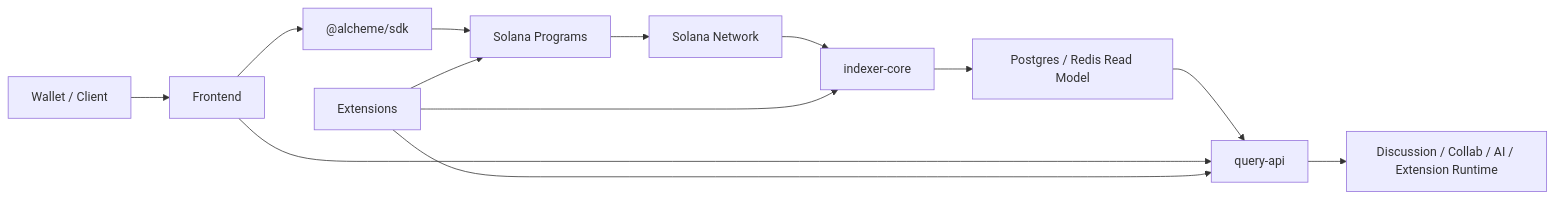
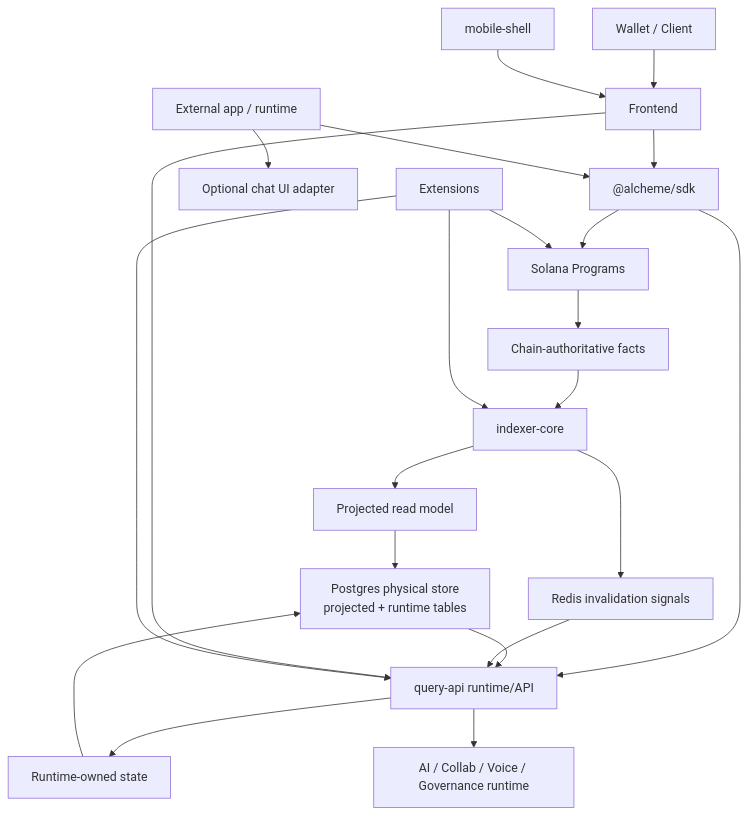
The diagram in README.md (alcheme-labs/alcheme-protocol), drawn with Mermaid before and after one commit. The commit also changed other lines of this file and 27 other files, not shown here.

Commit message:
docs: add architecture maps

````diff
--- a/README.md
+++ b/README.md
@@ -127,18 +129,28 @@
 ```mermaid
-flowchart LR
+flowchart TB
     Client["Wallet / Client"] --> Frontend["Frontend"]
+    Mobile["mobile-shell"] --> Frontend
     Frontend --> SDK["@alcheme/sdk"]
+    External["External app / runtime"] --> SDK
+    External --> ChatAdapter["Optional chat UI adapter"]
+
     SDK --> Programs["Solana Programs"]
-    Programs --> Chain["Solana Network"]
+    SDK --> QueryApi
+    Programs --> Chain["Chain-authoritative facts"]
 
     Chain --> Indexer["indexer-core"]
-    Indexer --> ReadModel["Postgres / Redis Read Model"]
-    ReadModel --> QueryApi["query-api"]
+    Indexer --> Projected["Projected read model"]
+    Indexer --> Invalidation["Redis invalidation signals"]
+    Projected --> Postgres["Postgres physical store\nprojected + runtime tables"]
 
+    QueryApi["query-api runtime/API"] --> RuntimeState["Runtime-owned state"]
+    RuntimeState --> Postgres
+    Postgres --> QueryApi
+    Invalidation --> QueryApi
     Frontend --> QueryApi
-    QueryApi --> Runtime["Discussion / Collab / AI / Extension Runtime"]
+    QueryApi --> Runtime["AI / Collab / Voice / Governance runtime"]
 
     Extensions["Extensions"] --> Programs
     Extensions --> QueryApi
     Extensions --> Indexer
 ```
````
